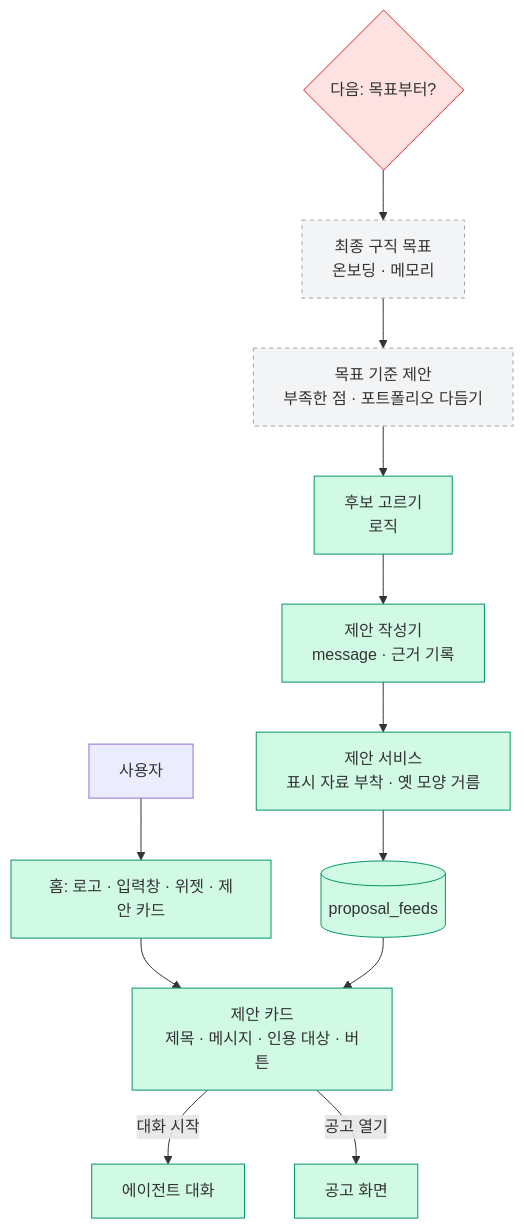
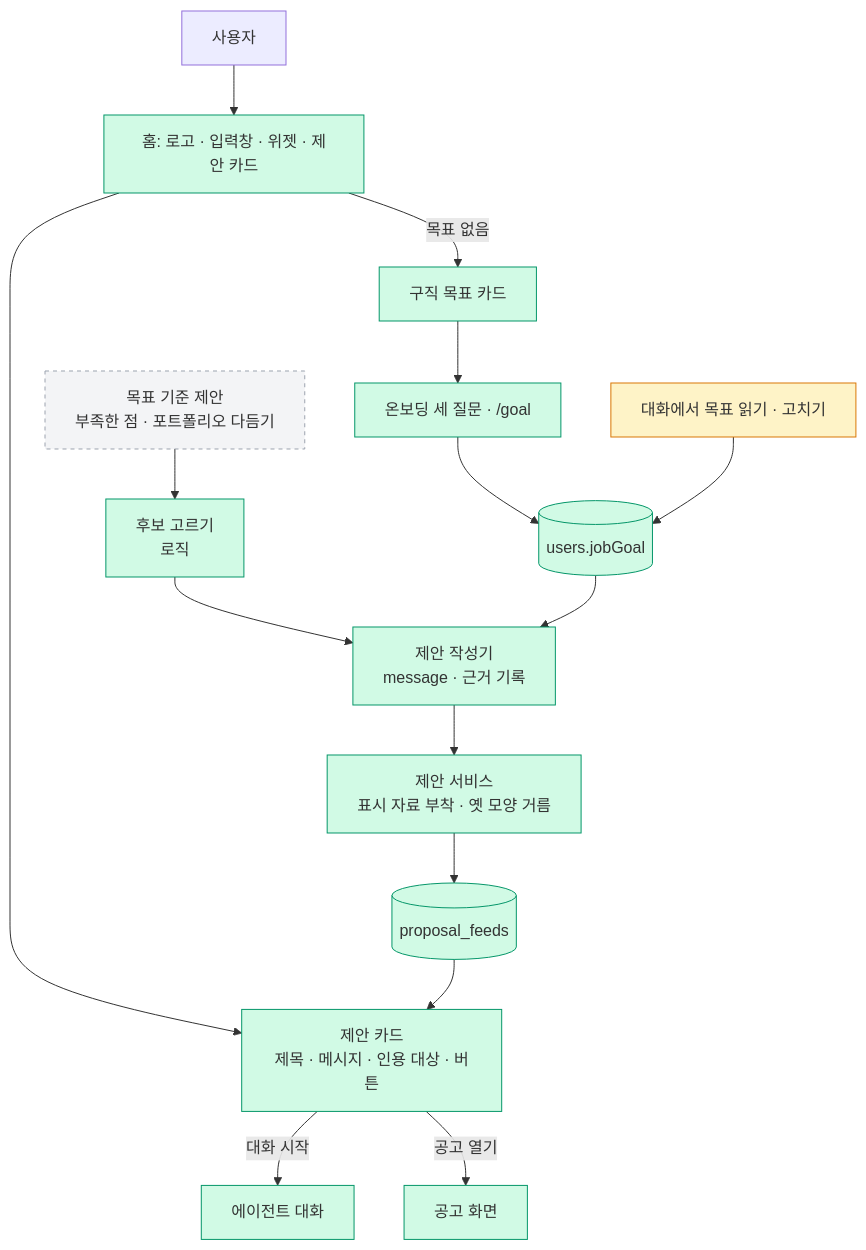
One commit to Expresso-Organization/expresso changed the diagram in .sitrep/sessions/20261115-1330-agent-home/arch.mmd. Above: the diagram before and after it, drawn with Mermaid. The commit also changed 45 other files, not shown here.

```diff
--- a/.sitrep/sessions/20261115-1330-agent-home/arch.mmd
+++ b/.sitrep/sessions/20261115-1330-agent-home/arch.mmd
@@ -1,20 +1,22 @@
 flowchart TD
   U[사용자] --> HOME[홈: 로고 · 입력창 · 위젯 · 제안 카드]
   HOME --> CARD[제안 카드<br/>제목 · 메시지 · 인용 대상 · 버튼]
   CARD -->|대화 시작| CHAT[에이전트 대화]
   CARD -->|공고 열기| JOB[공고 화면]
   FEED[(proposal_feeds)] --> CARD
   WRITER[제안 작성기<br/>message · 근거 기록] --> SVC[제안 서비스<br/>표시 자료 부착 · 옛 모양 거름]
   CAND[후보 고르기<br/>로직] --> WRITER
   SVC --> FEED
-  GOAL{다음: 목표부터?}
-  MEM[최종 구직 목표<br/>온보딩 · 메모리]
-  JUDGE[목표 기준 제안<br/>부족한 점 · 포트폴리오 다듬기]
-  GOAL --> MEM --> JUDGE --> CAND
+  ON[온보딩 세 질문 · /goal] --> MEM[(users.jobGoal)]
+  MEM --> WRITER
+  HOME -->|목표 없음| GCARD[구직 목표 카드]
+  GCARD --> ON
+  CHATGOAL[대화에서 목표 읽기 · 고치기] --> MEM
+  JUDGE[목표 기준 제안<br/>부족한 점 · 포트폴리오 다듬기] --> CAND
   classDef done fill:#d1fae5,stroke:#059669
   classDef doing fill:#fef3c7,stroke:#d97706
   classDef decide fill:#fee2e2,stroke:#dc2626
   classDef todo fill:#f3f4f6,stroke:#9ca3af,stroke-dasharray:4
-  class HOME,CARD,CHAT,JOB,FEED,WRITER,SVC,CAND done
-  class GOAL decide
-  class MEM,JUDGE todo
+  class HOME,CARD,CHAT,JOB,FEED,WRITER,SVC,CAND,ON,MEM,GCARD done
+  class CHATGOAL doing
+  class JUDGE todo
```
